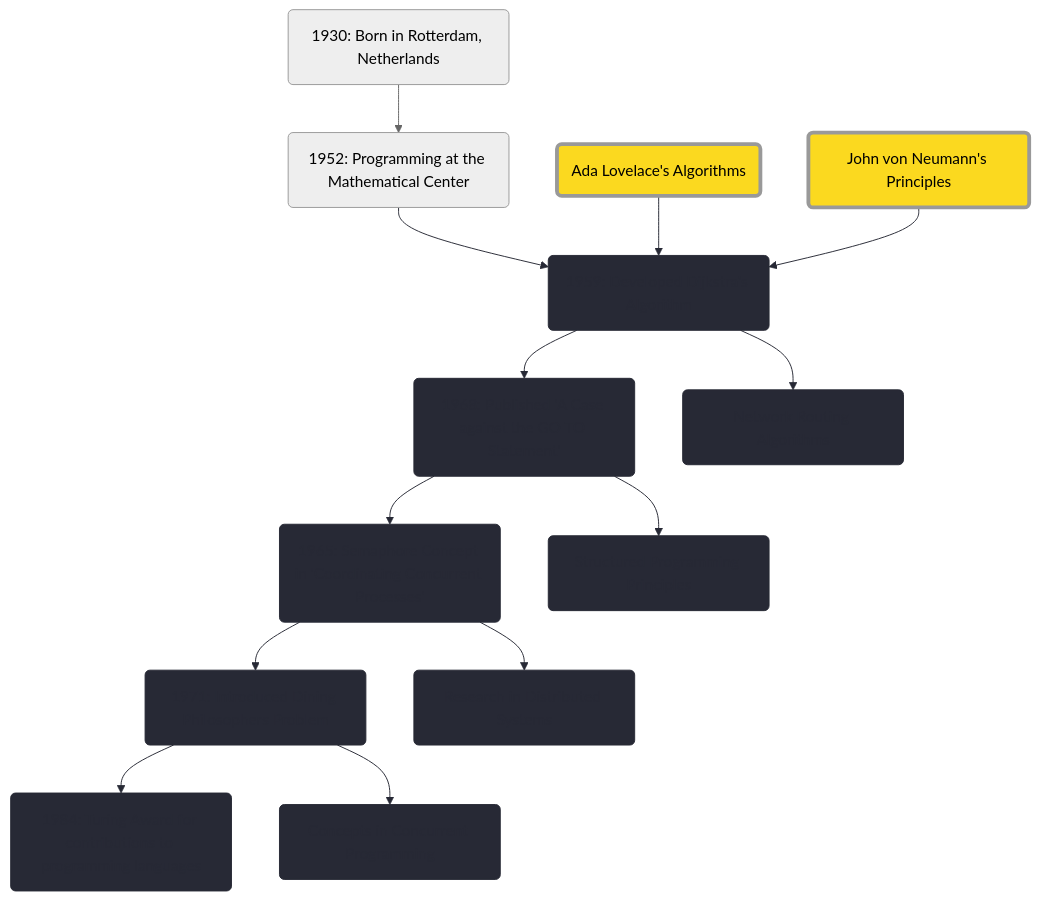
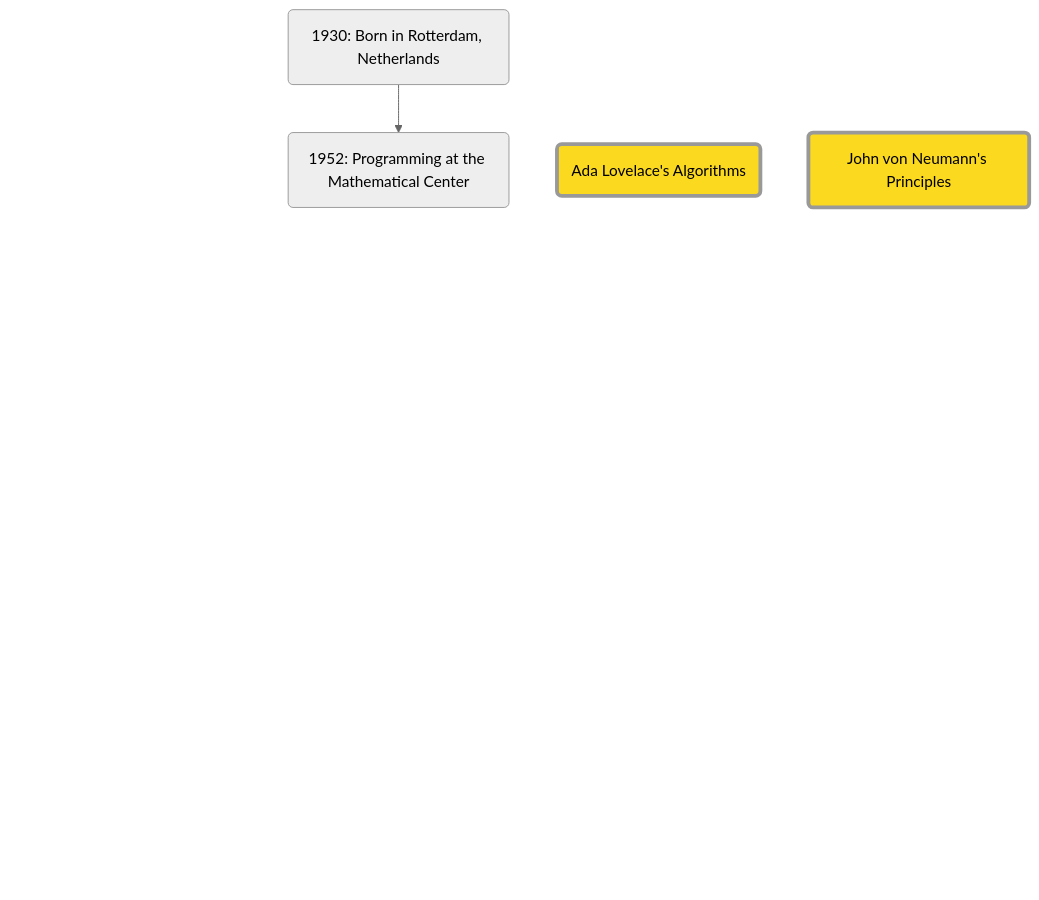
The first of 4 diagrams in pages/act-2.md (Furkanzmc/cppnorth-2024-shoulders-we-stand-on), drawn with Mermaid (neutral theme) before and after one commit. The commit also changed other lines of this file, not shown here.

````diff
--- a/pages/act-2.md
+++ b/pages/act-2.md
@@ -104,47 +104,29 @@
 ```mermaid {theme: 'neutral', scale: 0.5}
 graph TD
     %% Edsger W. Dijkstra's life
     A(1930: Born in Rotterdam, Netherlands) --> B(1952: Programming at the Mathematical Center)
     B --> C(1959: Developed Dijkstra's Algorithm)
     C --> D(1968: Published 'A Case against the GO TO Statement')
     D --> E(1965: Semaphore Concept in 'Coordinating Concurrent Processes')
     E --> F(1971: Introduced Dining Philosophers Problem)
     F --> G(1984: Turing Award for contributions to programming languages)
 
     %% Influences on Dijkstra
     X1(Ada Lovelace's Algorithms) --> C
     X2(John von Neumann's Principles) --> C
 
     %% Dijkstra's influences on others
     C --> Y1(Network Routing Algorithms)
     D --> Y2(Structured Programming Principles)
     E --> Y3(Research in Distributed Systems)
     F --> Y4(Concepts in Concurrent Programming)
 
-    classDef grayout fill:#272935,stroke:#272935,stroke-width:1px,color:#272935;
+    classDef grayout fill:transparent,stroke:transparent,stroke-width:0px,color:transparent;
     classDef highlight fill:#fbd91f,stroke:#33,stroke-width:4px;
     
     class X1 highlight;
     class X2 highlight;
-    class C grayout;
-    class D grayout;
-    class E grayout;
-    class F grayout;
-    class G grayout;
-    class Y1 grayout;
-    class Y2 grayout;
-    class Y3 grayout;
-    class Y4 grayout;
+    class C,D,E,F,G,Y1,Y2,Y3,Y4 grayout;
     
-    linkStyle 1 stroke:#272935,stroke-width:1px;
-    linkStyle 2 stroke:#272935,stroke-width:1px;
-    linkStyle 3 stroke:#272935,stroke-width:1px;
-    linkStyle 4 stroke:#272935,stroke-width:1px;
-    linkStyle 5 stroke:#272935,stroke-width:1px;
-    linkStyle 6 stroke:#272935,stroke-width:1px;
-    linkStyle 7 stroke:#272935,stroke-width:1px;
-    linkStyle 8 stroke:#272935,stroke-width:1px;
-    linkStyle 9 stroke:#272935,stroke-width:1px;
-    linkStyle 10 stroke:#272935,stroke-width:1px;
-    linkStyle 11 stroke:#272935,stroke-width:1px;
+    linkStyle 1,2,3,4,5,6,7,8,9,10,11 display:none;
 ```
````
